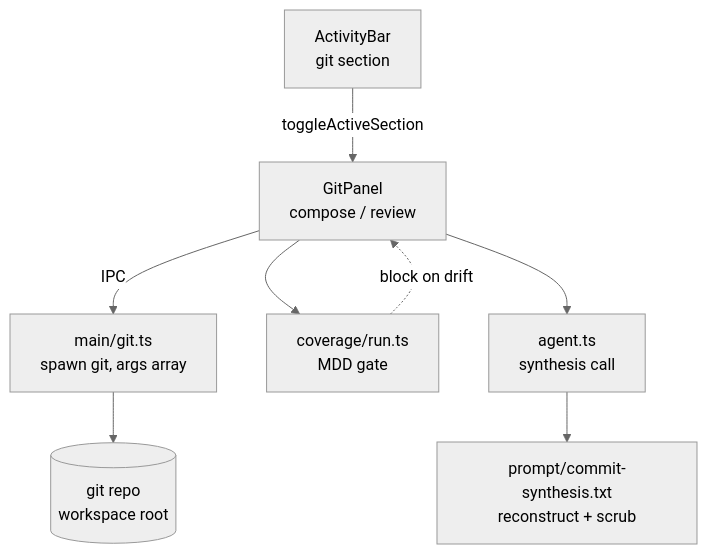
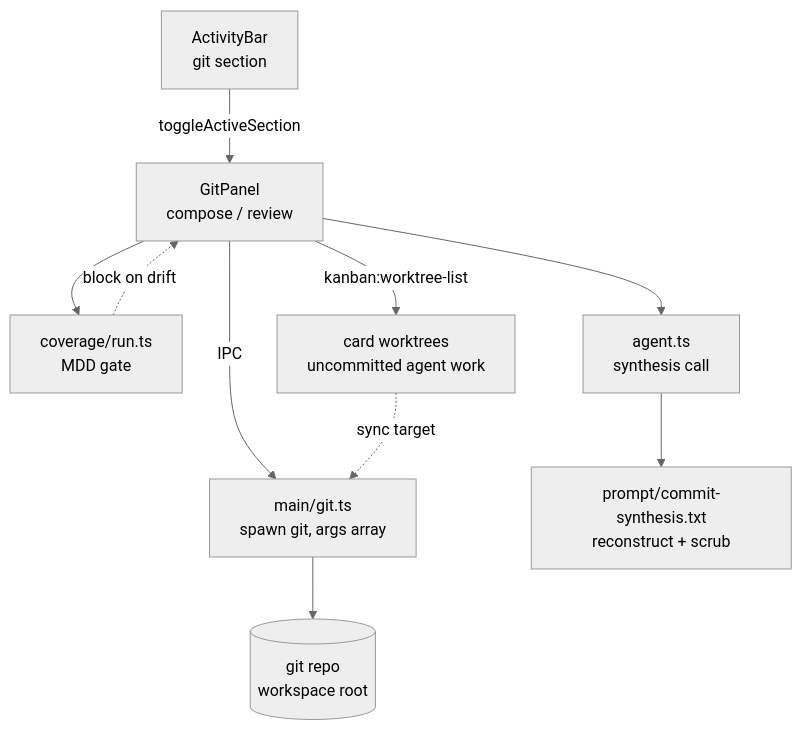
One commit to keithagroves/codeswim changed the second of 2 diagrams in architecture/prompt-commits.md. Above: the diagram before and after it, drawn with Mermaid (neutral theme). The commit also changed other lines of this file and 10 other files, not shown here.

First line of the commit message:
Let Sync target a Kanban card worktree, not just the workspace root

````diff
--- a/architecture/prompt-commits.md
+++ b/architecture/prompt-commits.md
@@ -131,18 +158,21 @@
 ```mermaid
 flowchart TD
     Bar[ActivityBar<br/>git section] -->|toggleActiveSection| Panel[GitPanel<br/>compose / review]
     Panel -->|IPC| GitMod[main/git.ts<br/>spawn git, args array]
     Panel --> Cov[coverage/run.ts<br/>MDD gate]
     Panel --> Agent[agent.ts<br/>synthesis call]
     Agent --> Prompt[prompt/commit-synthesis.txt<br/>reconstruct + scrub]
+    Panel -->|kanban:worktree-list| WT[card worktrees<br/>uncommitted agent work]
     GitMod --> Repo[(git repo<br/>workspace root)]
+    WT -.->|sync target| GitMod
     Cov -.->|block on drift| Panel
 
     click Bar call navigate("../apps/desktop/src/renderer/src/components/ActivityBar.tsx")
     click Panel call navigate("../apps/desktop/src/renderer/src/components/GitPanel.tsx")
     click GitMod call navigate("../packages/domain-git/src/git.ts")
     click Repo call navigate("./main-process.md")
+    click WT call navigate("../apps/desktop/src/main/kanban-worktree.ts")
     click Cov call navigate("../apps/desktop/src/renderer/src/coverage/run.ts")
     click Agent call navigate("../apps/desktop/src/renderer/src/agent.ts")
     click Prompt call navigate("../packages/commit/src/synthesize.ts")
 ```
````
